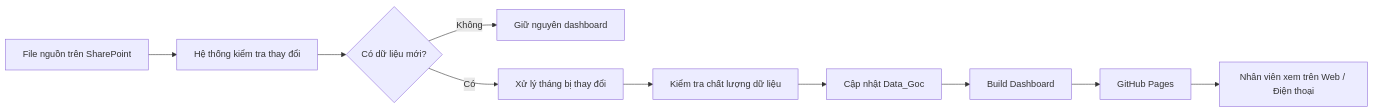
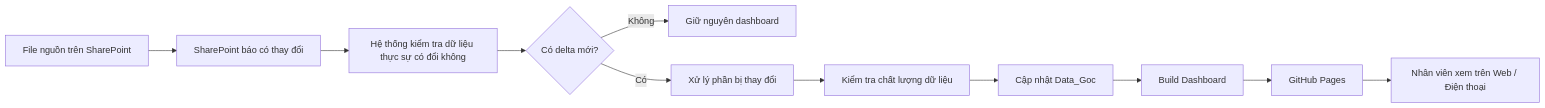
The first of 2 diagrams in HUONG_DAN_NHAN_VIEN_VIKODA.md (Huanpro1239/vikoda-sellin-dashboard), drawn with Mermaid before and after one commit. The commit also changed other lines of this file and 21 other files, not shown here.

First line of the commit message:
refactor: harden repository and remove legacy SharePoint paths

````diff
--- a/HUONG_DAN_NHAN_VIEN_VIKODA.md
+++ b/HUONG_DAN_NHAN_VIEN_VIKODA.md
@@ -97,12 +97,13 @@
 ```mermaid
 flowchart LR
-    A[File nguồn trên SharePoint] --> B[Hệ thống kiểm tra thay đổi]
-    B --> C{Có dữ liệu mới?}
-    C -- Không --> D[Giữ nguyên dashboard]
-    C -- Có --> E[Xử lý tháng bị thay đổi]
-    E --> F[Kiểm tra chất lượng dữ liệu]
-    F --> G[Cập nhật Data_Goc]
-    G --> H[Build Dashboard]
-    H --> I[GitHub Pages]
-    I --> J[Nhân viên xem trên Web / Điện thoại]
+    A[File nguồn trên SharePoint] --> B[SharePoint báo có thay đổi]
+    B --> C[Hệ thống kiểm tra dữ liệu thực sự có đổi không]
+    C --> D{Có delta mới?}
+    D -- Không --> E[Giữ nguyên dashboard]
+    D -- Có --> F[Xử lý phần bị thay đổi]
+    F --> G[Kiểm tra chất lượng dữ liệu]
+    G --> H[Cập nhật Data_Goc]
+    H --> I[Build Dashboard]
+    I --> J[GitHub Pages]
+    J --> K[Nhân viên xem trên Web / Điện thoại]
 ```
````
